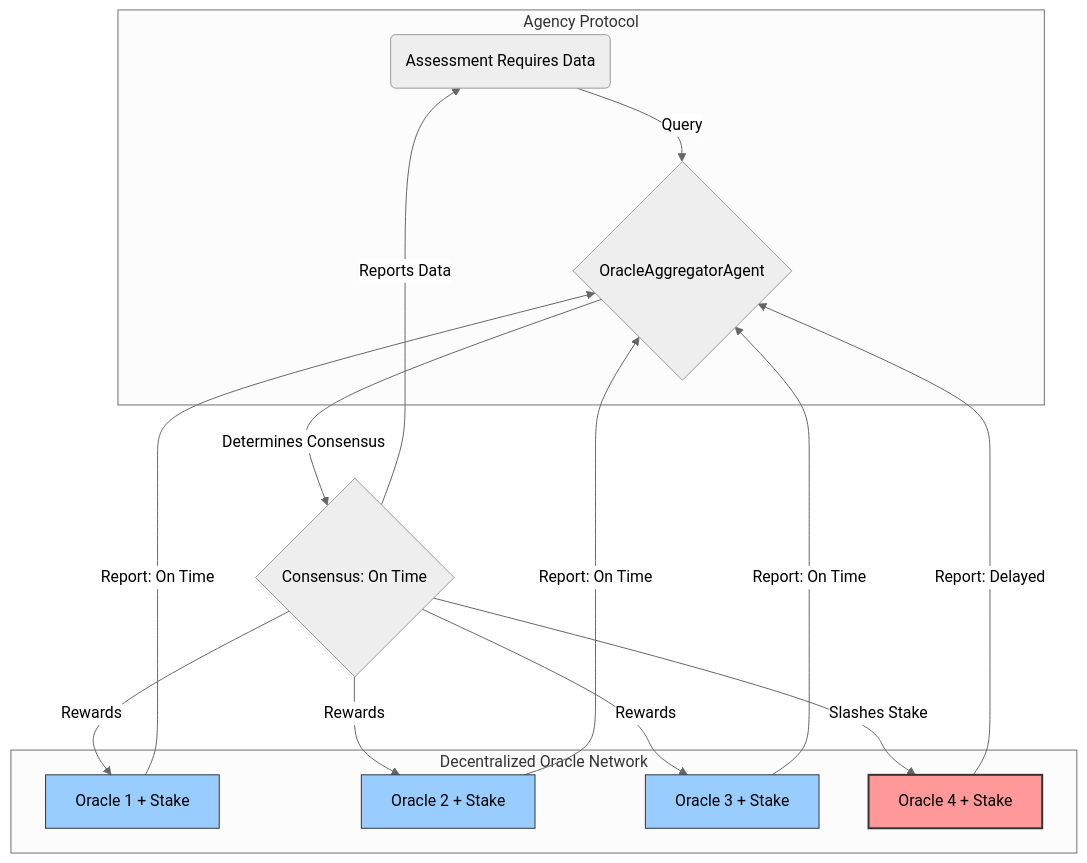
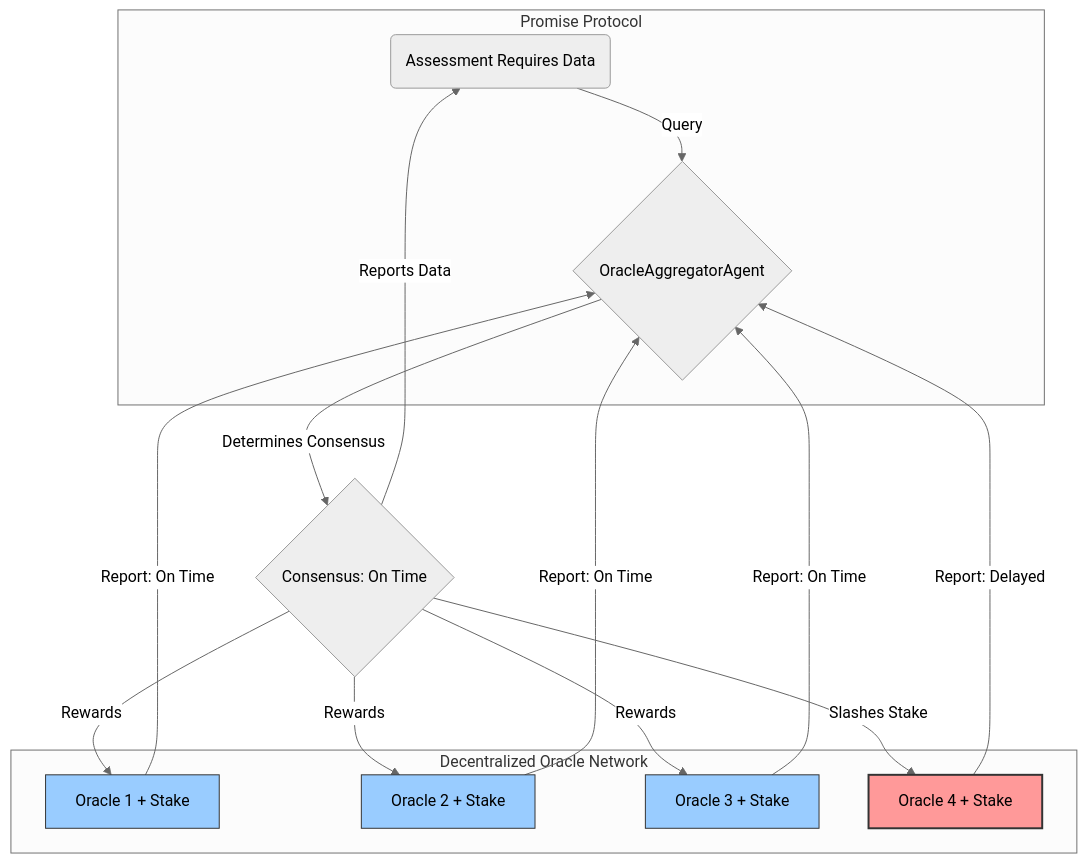
The sixth of 10 diagrams in docs/whitepaper.org (dvdgdn/agency-protocol), drawn with Mermaid (neutral theme) before and after one commit. The commit also changed other lines of this file and 106 other files, not shown here.

```diff
--- a/docs/whitepaper.org
+++ b/docs/whitepaper.org
@@ -429,25 +429,25 @@
 #+BEGIN_SRC mermaid :file decentralized_oracle_network.svg
 graph TD
-subgraph "Agency Protocol"
+subgraph "Promise Protocol"
 A(Assessment Requires Data) -->|"Query"| B{OracleAggregatorAgent}
 end
 
 subgraph "Decentralized Oracle Network"
     C[Oracle 1 + Stake] -->|"Report: On Time"| B
     D[Oracle 2 + Stake] -->|"Report: On Time"| B
     E[Oracle 3 + Stake] -->|"Report: On Time"| B
     F[Oracle 4 + Stake] -->|"Report: Delayed"| B
 end
 
 B -->|"Determines Consensus"| G{Consensus: On Time}
 G -->|"Rewards"| C
 G -->|"Rewards"| D
 G -->|"Rewards"| E
 G -->|"Slashes Stake"| F
 G -->|"Reports Data"| A
 
 style F fill:#f99,stroke:#333,stroke-width:2px
 style C fill:#9cf,stroke:#333,stroke-width:1px
 style D fill:#9cf,stroke:#333,stroke-width:1px
 style E fill:#9cf,stroke:#333,stroke-width:1px
 #+END_SRC
```
